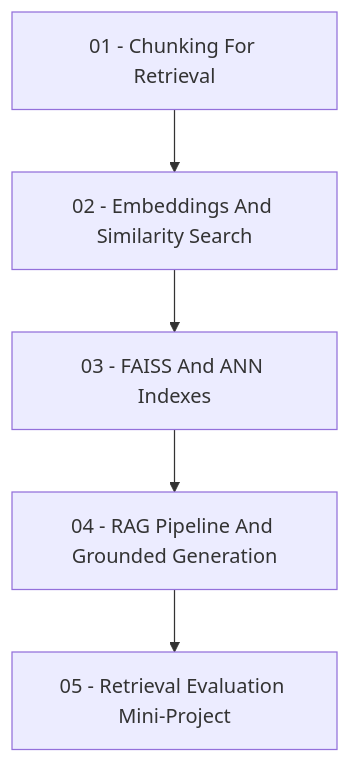
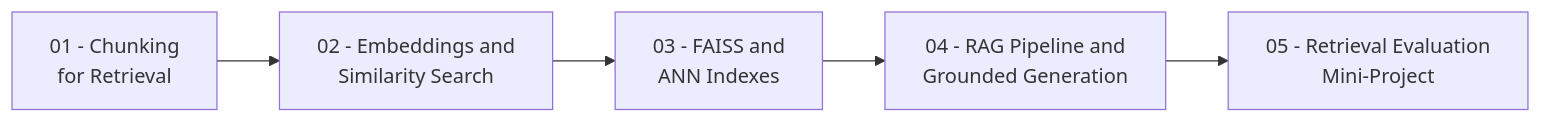
The diagram in README.md (bootcampyoussef/mle-vector-database-rag-pipelimes), drawn with Mermaid before and after one commit. The commit also changed other lines of this file and 15 other files, not shown here.

````diff
--- a/README.md
+++ b/README.md
@@ -19,7 +31,8 @@
 ```mermaid
-flowchart TD
-    A[01 - Chunking For Retrieval] --> B[02 - Embeddings And Similarity Search]
-    B --> C[03 - FAISS And ANN Indexes]
-    C --> D[04 - RAG Pipeline And Grounded Generation]
-    D --> E[05 - Retrieval Evaluation Mini-Project]
+flowchart LR
+    NB1[01 - Chunking<br>for Retrieval]
+    NB1 --> NB2[02 - Embeddings and<br>Similarity Search]
+    NB2 --> NB3[03 - FAISS and<br>ANN Indexes]
+    NB3 --> NB4[04 - RAG Pipeline and<br>Grounded Generation]
+    NB4 --> NB5[05 - Retrieval Evaluation<br>Mini-Project]
 ```
````
